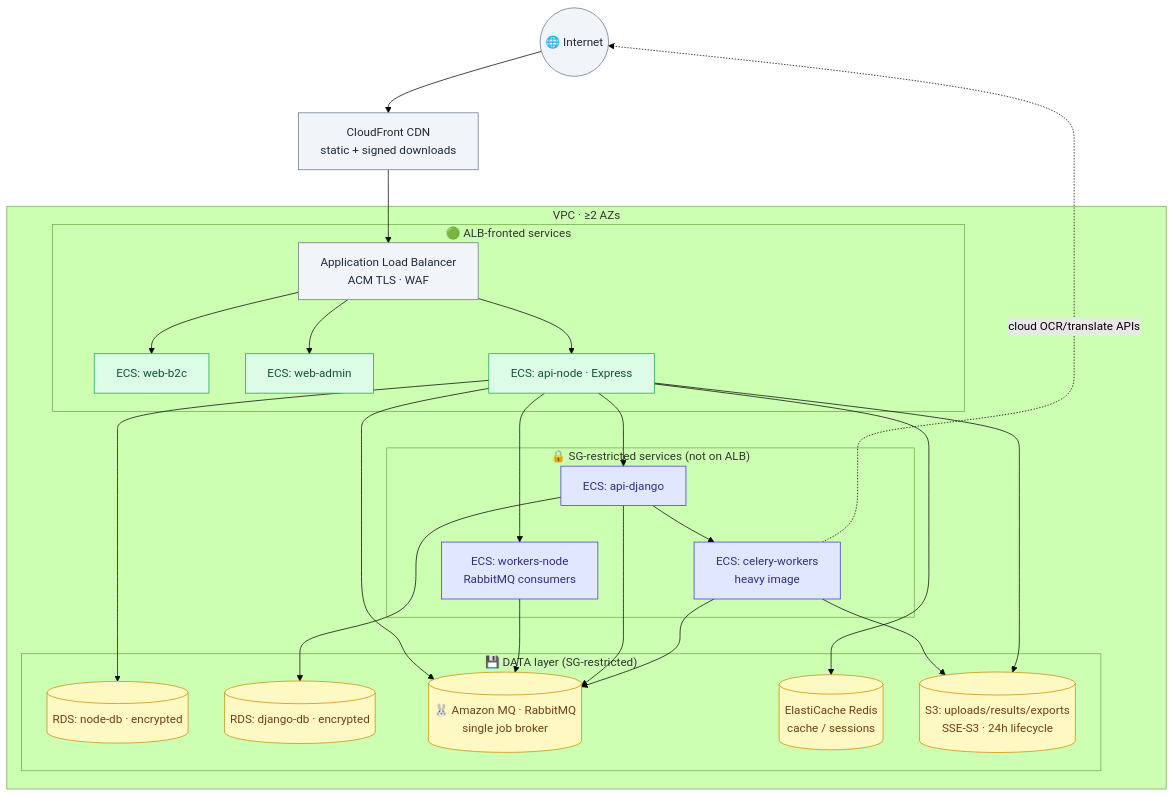
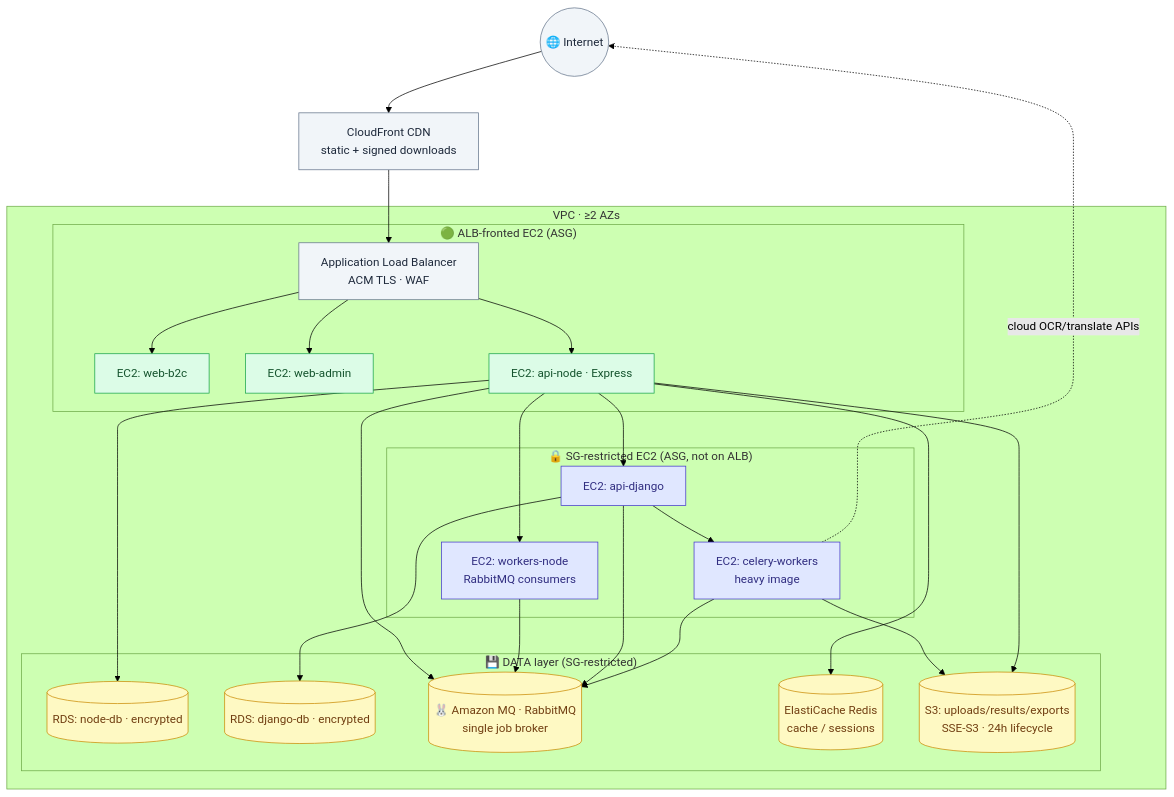
One commit to Mrutunjay50/DOCS changed the sixth of 7 diagrams in architecture_diagrams.md. Above: the diagram before and after it, drawn with Mermaid (forest theme). The commit also changed other lines of this file, not shown here.

````diff
--- a/architecture_diagrams.md
+++ b/architecture_diagrams.md
@@ -349,43 +301,43 @@
 ```mermaid
 flowchart TB
     NET((🌐 Internet)) --> CF[CloudFront CDN<br/>static + signed downloads]
     CF --> ALB[Application Load Balancer<br/>ACM TLS · WAF]
 
     subgraph VPC["VPC · ≥2 AZs"]
-        subgraph EDGE["🟢 ALB-fronted services"]
-            ALB --> f1[ECS: web-b2c]
-            ALB --> f2[ECS: web-admin]
-            ALB --> f3[ECS: api-node · Express]
+        subgraph EDGE["🟢 ALB-fronted EC2 (ASG)"]
+            ALB --> f1[EC2: web-b2c]
+            ALB --> f2[EC2: web-admin]
+            ALB --> f3[EC2: api-node · Express]
         end
-        subgraph INT["🔒 SG-restricted services (not on ALB)"]
-            f3 --> w1[ECS: workers-node<br/>RabbitMQ consumers]
-            f3 --> w2[ECS: api-django]
-            w2 --> w3[ECS: celery-workers<br/>heavy image]
+        subgraph INT["🔒 SG-restricted EC2 (ASG, not on ALB)"]
+            f3 --> w1[EC2: workers-node<br/>RabbitMQ consumers]
+            f3 --> w2[EC2: api-django]
+            w2 --> w3[EC2: celery-workers<br/>heavy image]
         end
         subgraph DATA["💾 DATA layer (SG-restricted)"]
             rds1[(RDS: node-db · encrypted)]
             rds2[(RDS: django-db · encrypted)]
             mq[(🐰 Amazon MQ · RabbitMQ<br/>single job broker)]
             ec[(ElastiCache Redis<br/>cache / sessions)]
             s3[(S3: uploads/results/exports<br/>SSE-S3 · 24h lifecycle)]
         end
     end
 
     f3 --> rds1
     f3 --> ec
     f3 --> mq
     w2 --> rds2
     w1 & w2 & w3 --> mq
     w3 --> s3
     f3 --> s3
     w3 -. "cloud OCR/translate APIs" .-> NET
 
     classDef pub fill:#DCFCE7,stroke:#16A34A,color:#14532D;
     classDef priv fill:#E0E7FF,stroke:#4338CA,color:#312E81;
     classDef data fill:#FEF9C3,stroke:#CA8A04,color:#713F12;
     classDef edge fill:#F1F5F9,stroke:#64748B,color:#1E293B;
     class f1,f2,f3 pub;
     class w1,w2,w3 priv;
     class rds1,rds2,ec,s3,mq data;
     class CF,ALB,NET edge;
 ```
````
